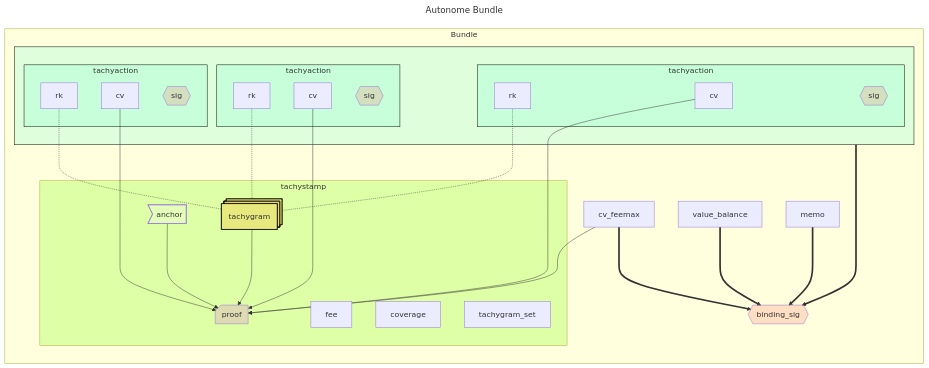
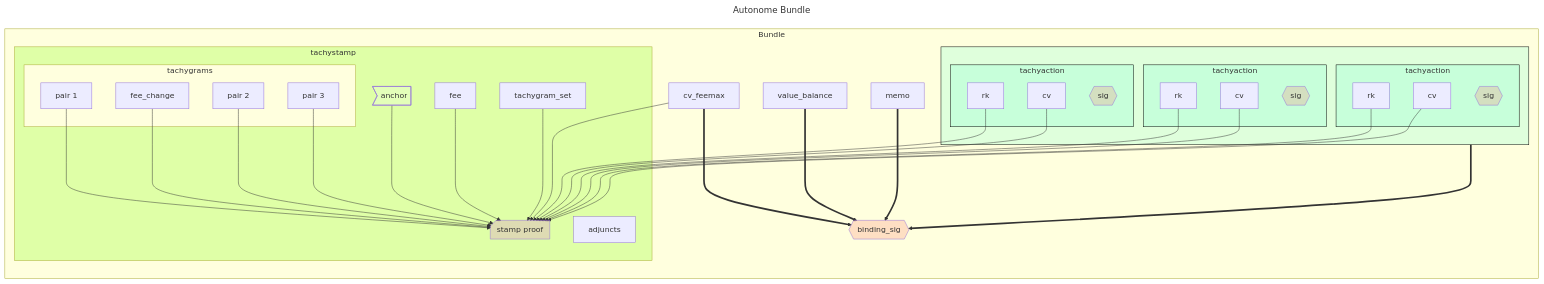
The diagram in book/src/bundle.md (tachyon-zcash/tachyon), drawn with Mermaid before and after one commit. The commit also changed other lines of this file and 29 other files, not shown here.

````diff
--- a/book/src/bundle.md
+++ b/book/src/bundle.md
@@ -82,70 +86,75 @@
 ```mermaid
 ---
 title: Autonome Bundle
 ---
 flowchart LR
 classDef signature fill:#fa807240
 classDef optional fill:#d3d3d340,stroke-dasharray: 5 5
 
 style tachyaction1 fill:#7fffd440,stroke:black
 style tachyaction2 fill:#7fffd440,stroke:black
 style tachyaction3 fill:#7fffd440,stroke:black
 style tachyaction_vec fill:#7fffd440,stroke:black
 
-style tachygram_vec fill:#ffa50040,stroke:black
-style proof fill:#da70d640
+style stamp_proof fill:#da70d640
 style anchor fill:#f0fff040
 
 style tachystamp fill:#7fff0040
 
 subgraph shielded_data["Bundle"]
 
     subgraph tachyaction_vec[" "]
 
         subgraph tachyaction1["tachyaction"]
             cv1["cv"]
             rk1["rk"]
             sig1:::signature@{shape: hex, label: "sig"}
         end
 
        subgraph tachyaction2["tachyaction"]
             cv2["cv"]
             rk2["rk"]
             sig2:::signature@{shape: hex, label: "sig"}
         end
 
        subgraph tachyaction3["tachyaction"]
             cv3["cv"]
             rk3["rk"]
             sig3:::signature@{shape: hex, label: "sig"}
         end
     end
 
     subgraph tachystamp
+        subgraph tachygrams["tachygrams"]
+            tg1["pair 1"]
+            tg2["pair 2"]
+            tg3["pair 3"]
+            fee_change
+        end
         fee
-        coverage
         tachygram_set
+        adjuncts
         anchor@{shape: odd}
-        proof@{shape: notch-rect}
-        tachygram_vec@{shape: procs, label: "tachygram"}
+        stamp_proof@{shape: notch-rect, label: "stamp proof"}
 
-        anchor ---> proof
-        tachygram_vec ---> proof
+        anchor ---> stamp_proof
+        fee & fee_change & tachygram_set ---> stamp_proof
+        tg1 & tg2 & tg3 ---> stamp_proof
     end
 
-    rk1 & rk2 & rk3 -.- tachygram_vec
-    cv1 & cv2 & cv3 ---> proof
+    rk1 & rk2 & rk3 ---> stamp_proof
+    cv1 & cv2 & cv3 ---> stamp_proof
 
     sig_binding:::signature@{shape: hex, label: "binding_sig"}
     v_balance["value_balance"]
     cv_feemax["cv_feemax"]
     memo
 
-    cv_feemax ---> proof
+    cv_feemax ---> stamp_proof
 
     v_balance ===> sig_binding
     cv_feemax ===> sig_binding
     memo ===> sig_binding
     tachyaction_vec ===> sig_binding
 end
 ```
````
